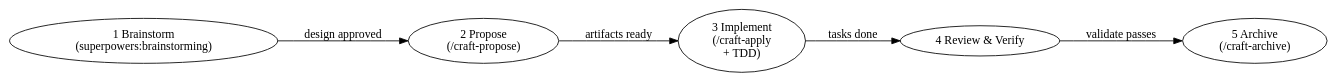
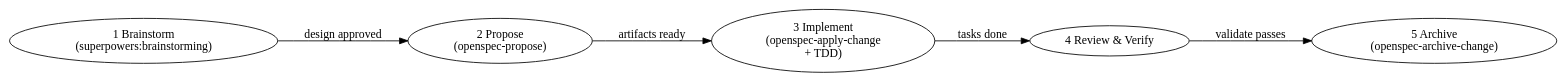
One commit to PJagshettiwar/craft changed the diagram in skills/spec-driven-sdlc/SKILL.md. Above: the diagram before and after it, drawn with Graphviz. The commit also changed other lines of this file and 16 other files, not shown here.

````diff
--- a/skills/spec-driven-sdlc/SKILL.md
+++ b/skills/spec-driven-sdlc/SKILL.md
@@ -29,14 +29,14 @@
 ```dot
 digraph sdlc {
   rankdir=LR;
   b  [label="1 Brainstorm\n(superpowers:brainstorming)"];
-  p  [label="2 Propose\n(/craft-propose)"];
-  a  [label="3 Implement\n(/craft-apply\n+ TDD)"];
+  p  [label="2 Propose\n(openspec-propose)"];
+  a  [label="3 Implement\n(openspec-apply-change\n+ TDD)"];
   rv [label="4 Review & Verify"];
-  ar [label="5 Archive\n(/craft-archive)"];
+  ar [label="5 Archive\n(openspec-archive-change)"];
   b -> p [label="design approved"];
   p -> a [label="artifacts ready"];
   a -> rv [label="tasks done"];
   rv -> ar [label="validate passes"];
 }
 ```
````
